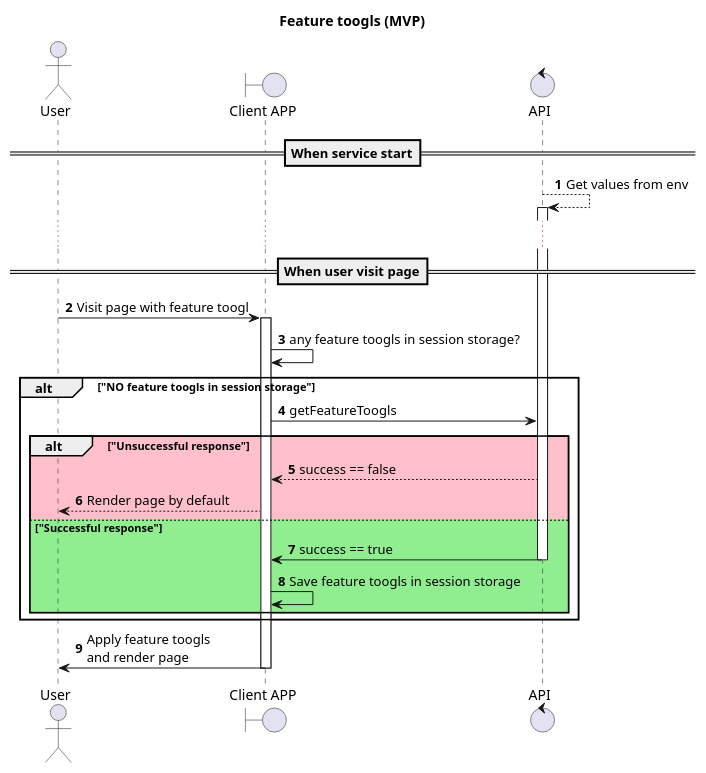
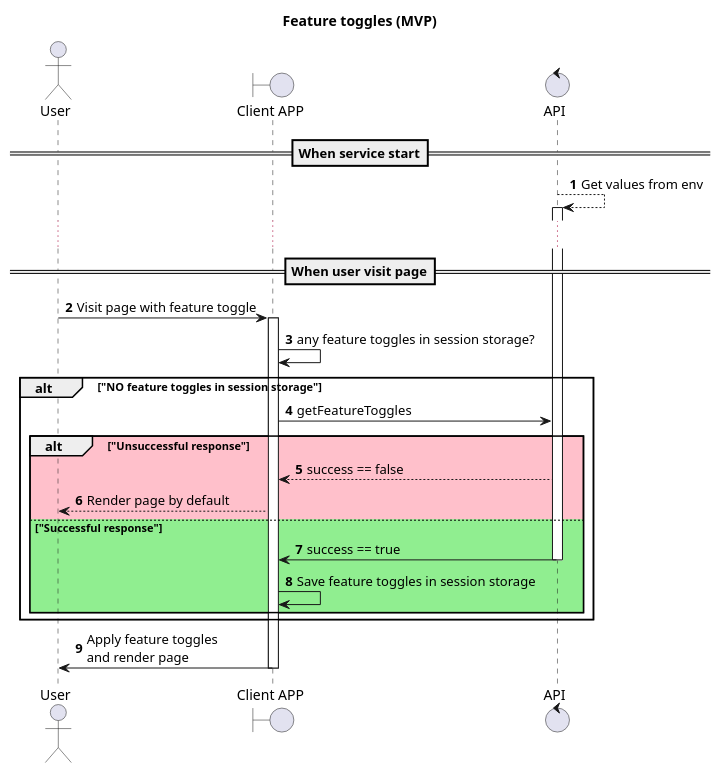
One commit to algruwork/work changed the diagram in schemas/feature_toogls.puml. Above: the diagram before and after it, drawn with PlantUML. The commit also changed 1 other file, not shown here.

Commit message:
fix naming, add query getFeatureToggles

```diff
--- a/schemas/feature_toogls.puml
+++ b/schemas/feature_toogls.puml
@@ -1,40 +1,40 @@
 @startuml
 'https://plantuml.com/sequence-diagram
-title "Feature toogls (MVP)"
+title "Feature toggles (MVP)"
 
 actor User as U
 boundary "Client APP" as GUI
 control "API" as C
 
 autonumber
 
 ==When service start==
 
 C --> C: Get values from env
 activate C
 
 ...
 ==When user visit page==
 
-U -> GUI: Visit page with feature toogl
+U -> GUI: Visit page with feature toggle
 activate GUI
 
-GUI -> GUI: any feature toogls in session storage?
+GUI -> GUI: any feature toggles in session storage?
 
-alt "NO feature toogls in session storage"
-GUI -> C: getFeatureToogls
+alt "NO feature toggles in session storage"
+GUI -> C: getFeatureToggles
 
 alt #Pink "Unsuccessful response"
 C --> GUI: success == false
 GUI --> U: Render page by default
 else #LightGreen "Successful response"
 C -> GUI: success == true
 deactivate C
-GUI -> GUI: Save feature toogls in session storage
+GUI -> GUI: Save feature toggles in session storage
 end
 end
 
-GUI -> U: Apply feature toogls\nand render page
+GUI -> U: Apply feature toggles\nand render page
 deactivate GUI
 
 @enduml
```
